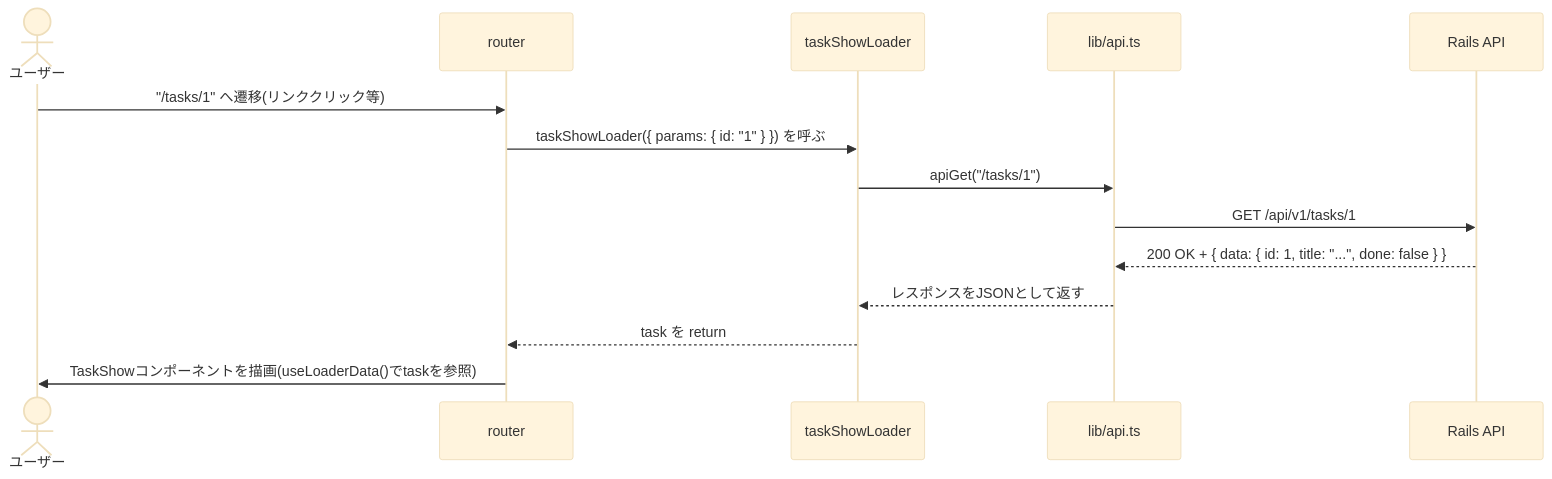
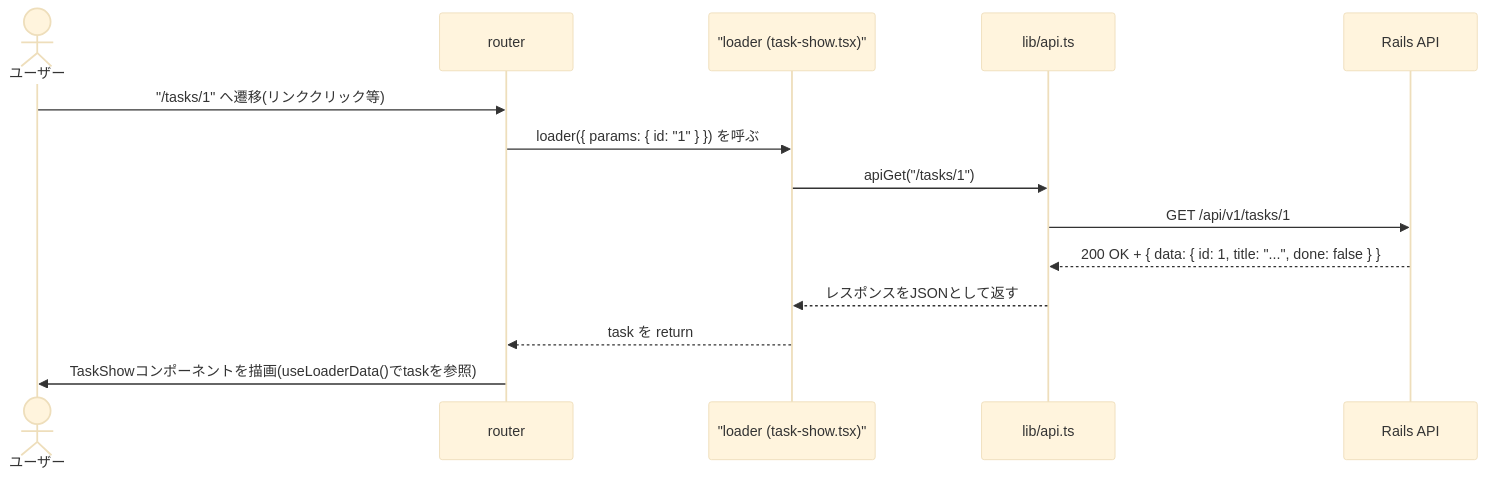
Before and after one commit to to0526/rr8-rails-poc: the second of 7 diagrams in docs/frontend-guide-for-rails-engineers.md, drawn with Mermaid (base theme). The commit also changed other lines of this file, not shown here.

````diff
--- a/docs/frontend-guide-for-rails-engineers.md
+++ b/docs/frontend-guide-for-rails-engineers.md
@@ -175,17 +216,17 @@
 ```mermaid
 sequenceDiagram
     actor User as ユーザー
     participant RR as router
-    participant Loader as taskShowLoader
+    participant Loader as "loader (task-show.tsx)"
     participant API as lib/api.ts
     participant Rails as Rails API
 
     User->>RR: "/tasks/1" へ遷移(リンククリック等)
-    RR->>Loader: taskShowLoader({ params: { id: "1" } }) を呼ぶ
+    RR->>Loader: loader({ params: { id: "1" } }) を呼ぶ
     Loader->>API: apiGet("/tasks/1")
     API->>Rails: GET /api/v1/tasks/1
     Rails-->>API: 200 OK + { data: { id: 1, title: "...", done: false } }
     API-->>Loader: レスポンスをJSONとして返す
     Loader-->>RR: task を return
     RR->>User: TaskShowコンポーネントを描画(useLoaderData()でtaskを参照)
 ```
````
